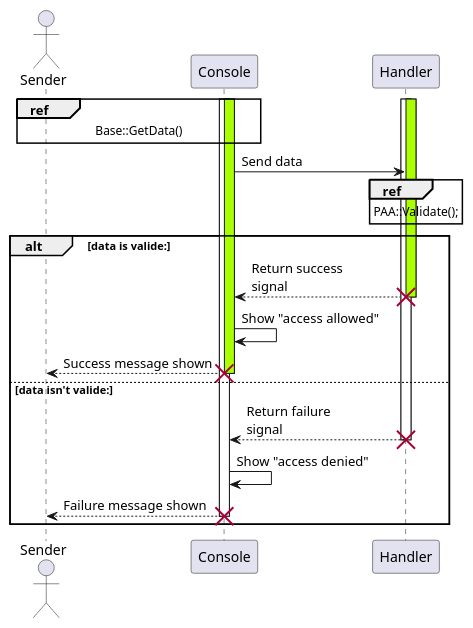
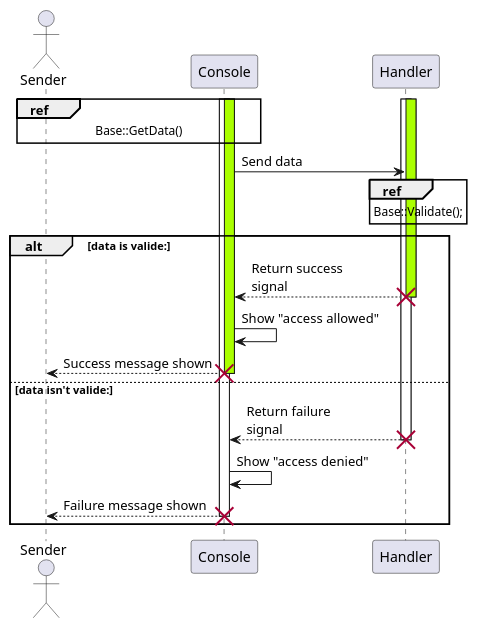
One commit to AntonioCoder/DB_Project changed the diagram in report/plantuml/gui/sequense/console_message.wsd. Above: the diagram before and after it, drawn with PlantUML. The commit also changed 31 other files, not shown here.

```diff
--- a/report/plantuml/gui/sequense/console_message.wsd
+++ b/report/plantuml/gui/sequense/console_message.wsd
@@ -1,29 +1,29 @@
 @startuml
 actor Sender
 participant Console
 participant Handler
 
 activate Console
 activate Console#aaff00
 
 activate Handler
 activate Handler #aaff00
 
 
 ref over Sender, Console: Base::GetData()
 Console -> Handler: Send data
-ref over Handler : PAA::Validate();
+ref over Handler : Base::Validate();
 alt data is valide:
     Handler --> Console: Return success\nsignal
     destroy Handler
     Console -> Console: Show "access allowed"
     Console --> Sender : Success message shown
     destroy Console
 else data isn't valide:
     Handler --> Console: Return failure\nsignal
     destroy Handler
     Console -> Console: Show "access denied"
     Console --> Sender : Failure message shown
     destroy Console
 end
 @enduml
```
